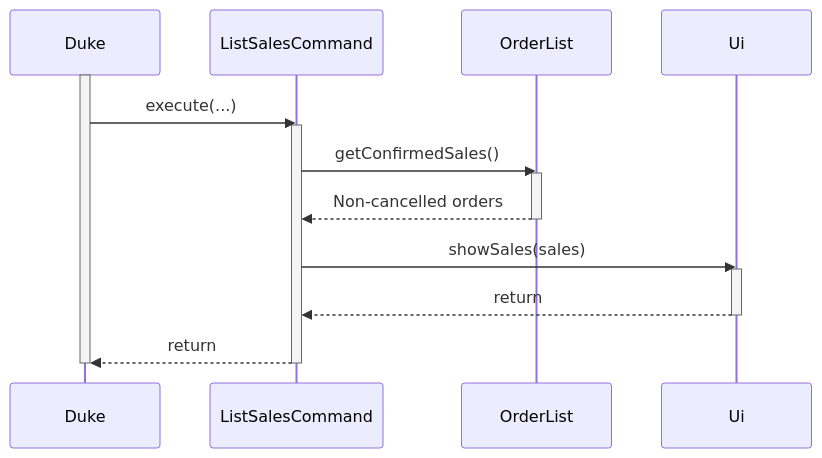
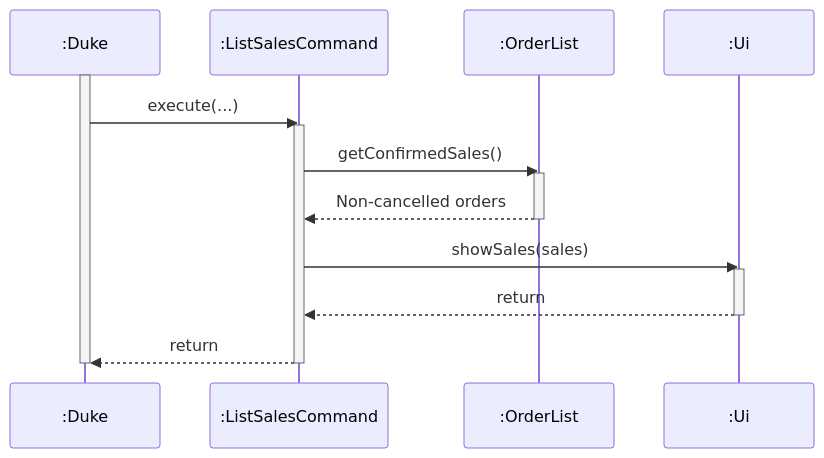
Before and after one commit to AY2627S1-CS2113-T11-1/tp: the diagram in docs/diagrams/sales-list.mmd, drawn with Mermaid. The commit also changed 10 other files, not shown here.

Commit message:
Align target-user documentation and UML diagrams

```diff
--- a/docs/diagrams/sales-list.mmd
+++ b/docs/diagrams/sales-list.mmd
@@ -1,20 +1,20 @@
 sequenceDiagram
     %% Main successful flow; validation and alternatives are described in the guide.
-    participant P0 as Duke
-    participant P1 as ListSalesCommand
-    participant P2 as OrderList
-    participant P3 as Ui
+    participant P0 as :Duke
+    participant P1 as :ListSalesCommand
+    participant P2 as :OrderList
+    participant P3 as :Ui
     activate P0
     P0->>P1: execute(...)
     activate P1
     P1->>P2: getConfirmedSales()
     activate P2
     P2-->>P1: Non-cancelled orders
     deactivate P2
     P1->>P3: showSales(sales)
     activate P3
     P3-->>P1: return
     deactivate P3
     P1-->>P0: return
     deactivate P1
     deactivate P0
```
